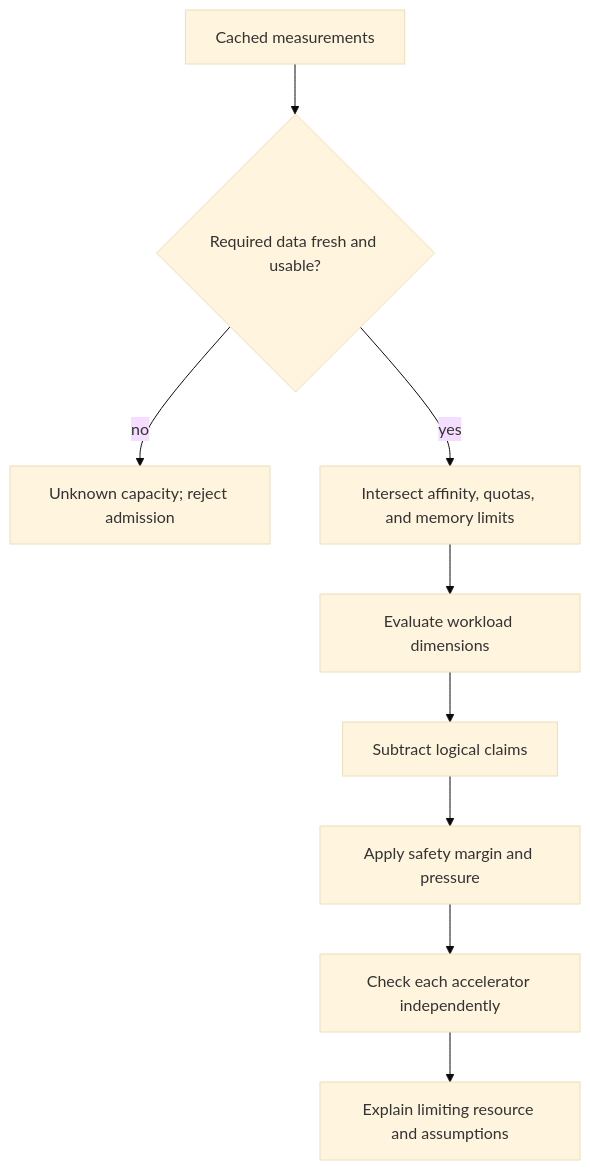
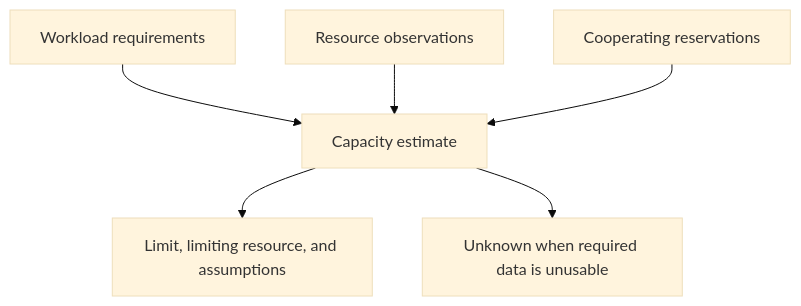
The diagram in diagrams/capacity-estimation.mmd (smuniharish/resourcera), drawn with Mermaid (base theme) before and after one commit. The commit also changed 35 other files, not shown here.

```diff
--- a/diagrams/capacity-estimation.mmd
+++ b/diagrams/capacity-estimation.mmd
@@ -1,9 +1,6 @@
 flowchart TD
-    snapshot["Cached measurements"] --> fresh{"Required data fresh and usable?"}
-    fresh -- no --> unknown["Unknown capacity; reject admission"]
-    fresh -- yes --> limits["Intersect affinity, quotas, and memory limits"]
-    limits --> demand["Evaluate workload dimensions"]
-    demand --> claims["Subtract logical claims"]
-    claims --> margin["Apply safety margin and pressure"]
-    margin --> devices["Check each accelerator independently"]
-    devices --> result["Explain limiting resource and assumptions"]
+    requirements["Workload requirements"] --> estimate["Capacity estimate"]
+    observations["Resource observations"] --> estimate
+    reservations["Cooperating reservations"] --> estimate
+    estimate --> result["Limit, limiting resource, and assumptions"]
+    estimate --> unknown["Unknown when required data is unusable"]
```
